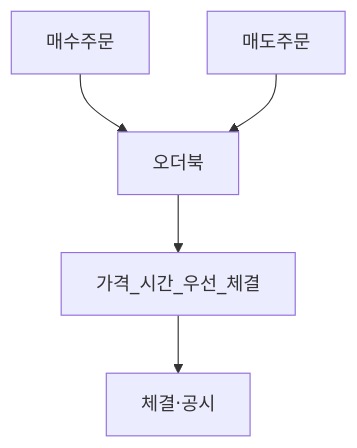
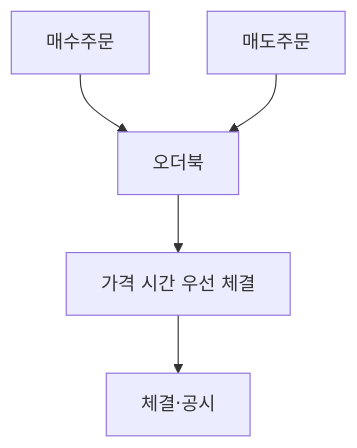
Before and after one commit to goldanghenry/Finances: the first of 3 diagrams in 03-markets/market-microstructure.md, drawn with Mermaid. The commit also changed other lines of this file and 211 other files, not shown here.

````diff
--- a/03-markets/market-microstructure.md
+++ b/03-markets/market-microstructure.md
@@ -95,7 +111,7 @@
 ```mermaid
 flowchart TD
   Buy[매수주문] --> Book[오더북]
   Sell[매도주문] --> Book
-  Book --> Match[가격_시간_우선_체결]
+  Book --> Match["가격 시간 우선 체결"]
   Match --> Trade[체결·공시]
 ```
````
